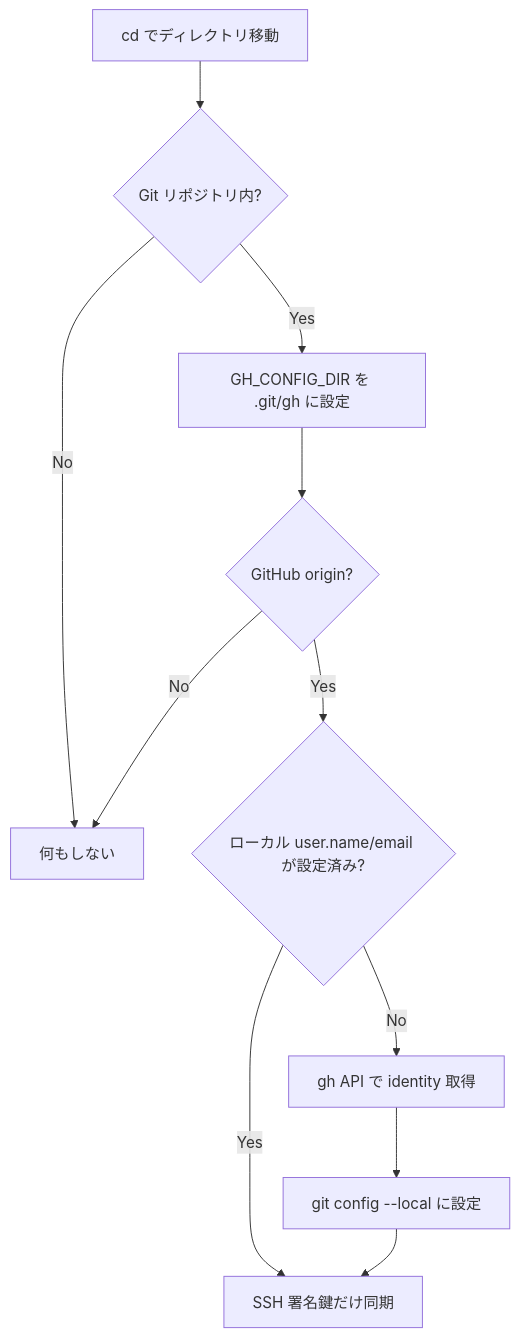
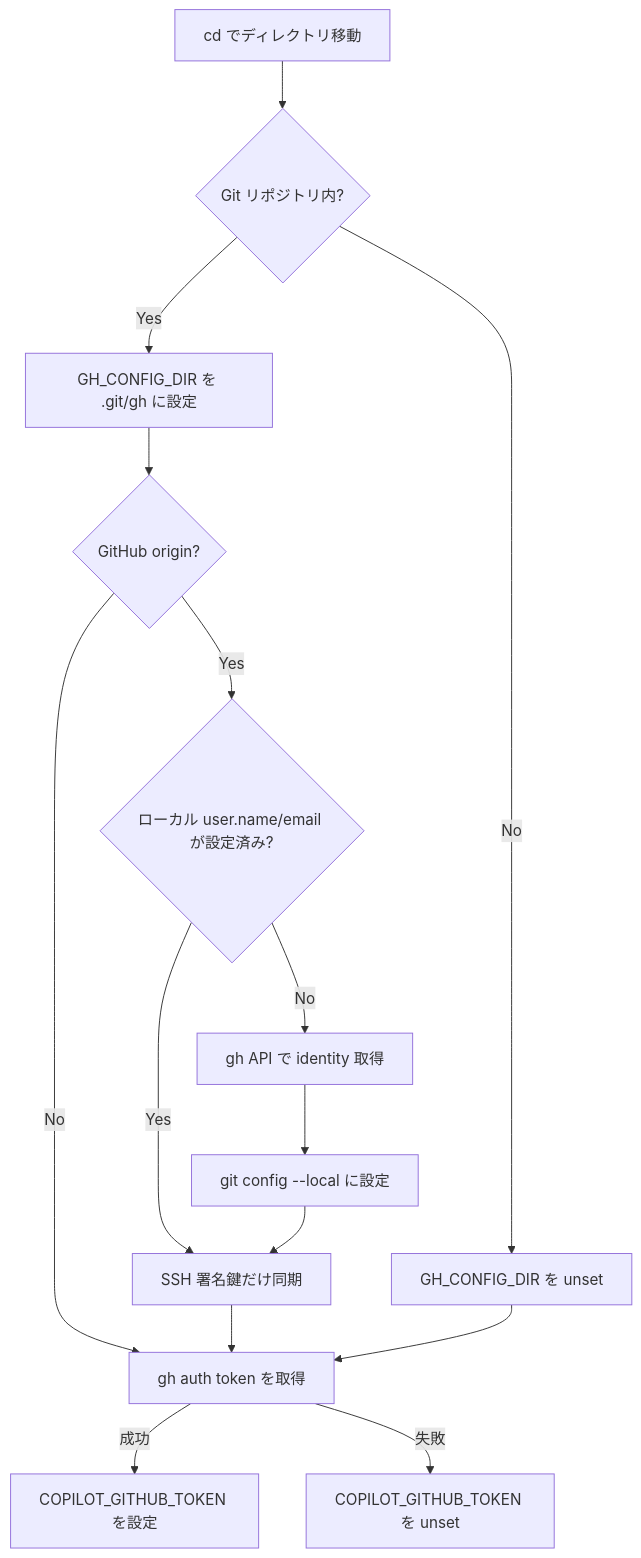
One commit to daiksud/dotfiles changed the diagram in docs/guides/04-git-identity.md. Above: the diagram before and after it, drawn with Mermaid. The commit also changed other lines of this file and 1 other file, not shown here.

First line of the commit message:
feat(zsh): sync COPILOT_GITHUB_TOKEN with gh auth on directory change (#5)

````diff
--- a/docs/guides/04-git-identity.md
+++ b/docs/guides/04-git-identity.md
@@ -9,13 +9,17 @@
 ```mermaid
 graph TD
     A[cd でディレクトリ移動] --> B{Git リポジトリ内?}
-    B -- No --> Z[何もしない]
+    B -- No --> U[GH_CONFIG_DIR を unset]
     B -- Yes --> D[GH_CONFIG_DIR を .git/gh に設定]
     D --> C{GitHub origin?}
-    C -- No --> Z
+    C -- No --> T[gh auth token を取得]
     C -- Yes --> E{ローカル user.name/email が設定済み?}
     E -- Yes --> F[SSH 署名鍵だけ同期]
     E -- No --> G[gh API で identity 取得]
     G --> H[git config --local に設定]
     H --> F
+    F --> T
+    U --> T
+    T -- 成功 --> V[COPILOT_GITHUB_TOKEN を設定]
+    T -- 失敗 --> W[COPILOT_GITHUB_TOKEN を unset]
 ```
````
